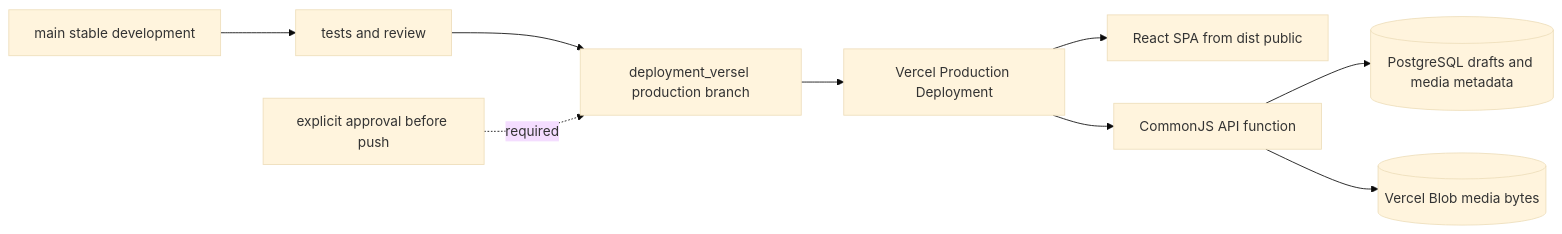
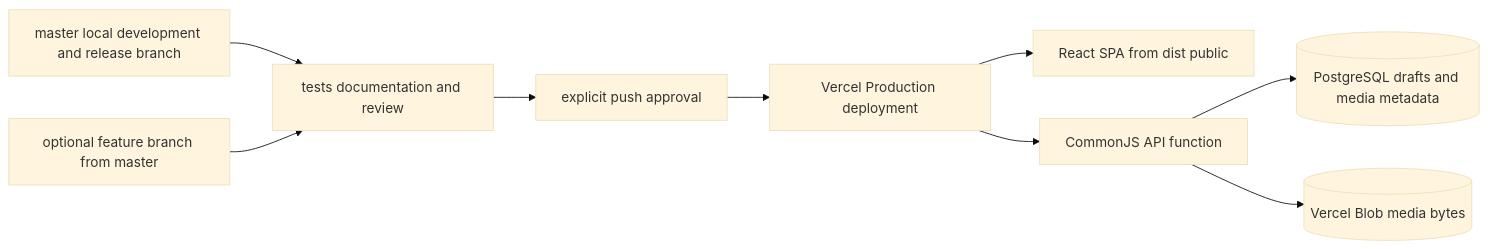
One commit to Fedi-Nasri/Portfolio changed the diagram in docs/vercel-deployment/README.md. Above: the diagram before and after it, drawn with Mermaid (base theme). The commit also changed other lines of this file and 10 other files, not shown here.

Commit message:
docs: establish master-first production workflow

````diff
--- a/docs/vercel-deployment/README.md
+++ b/docs/vercel-deployment/README.md
@@ -34,11 +33,11 @@
 ```mermaid
 flowchart LR
-  Main[main stable development] --> Review[tests and review]
-  Review --> Candidate[deployment_versel production branch]
-  Candidate --> Production[Vercel Production Deployment]
+  Master[master local development and release branch] --> Review[tests documentation and review]
+  Review --> Approval[explicit push approval]
+  Approval --> Production[Vercel Production deployment]
+  Feature[optional feature branch from master] --> Review
   Production --> SPA[React SPA from dist public]
   Production --> API[CommonJS API function]
   API --> DB[(PostgreSQL drafts and media metadata)]
   API --> Blob[(Vercel Blob media bytes)]
-  Approval[explicit approval before push] -. required .-> Candidate
 ```
````
